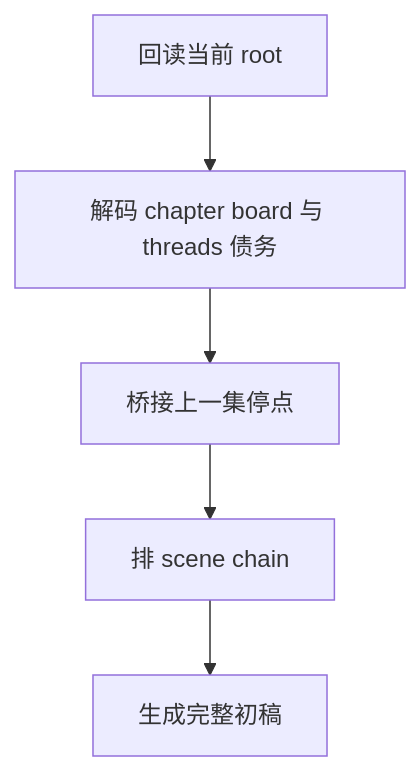
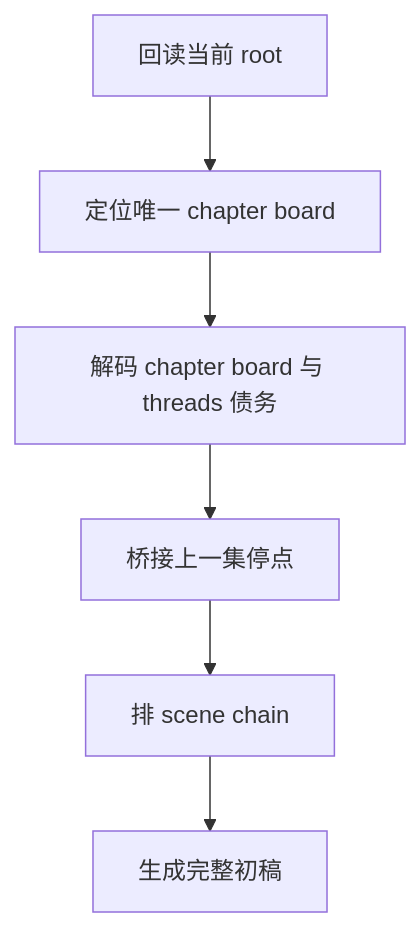
One commit to ZEN-VOID/AI-CUT changed the diagram in .agents/skills/story/3-Drafting/1-单集叙事起盘/SKILL.md. Above: the diagram before and after it, drawn with Mermaid. The commit also changed other lines of this file and 118 other files, not shown here.

````diff
--- a/.agents/skills/story/3-Drafting/1-单集叙事起盘/SKILL.md
+++ b/.agents/skills/story/3-Drafting/1-单集叙事起盘/SKILL.md
@@ -82,7 +87,8 @@
 ```mermaid
 flowchart TD
-    A["回读当前 root"] --> B["解码 chapter board 与 threads 债务"]
-    B --> C["桥接上一集停点"]
-    C --> D["排 scene chain"]
-    D --> E["生成完整初稿"]
+    A["回读当前 root"] --> B["定位唯一 chapter board"]
+    B --> C["解码 chapter board 与 threads 债务"]
+    C --> D["桥接上一集停点"]
+    D --> E["排 scene chain"]
+    E --> F["生成完整初稿"]
 ```
````
